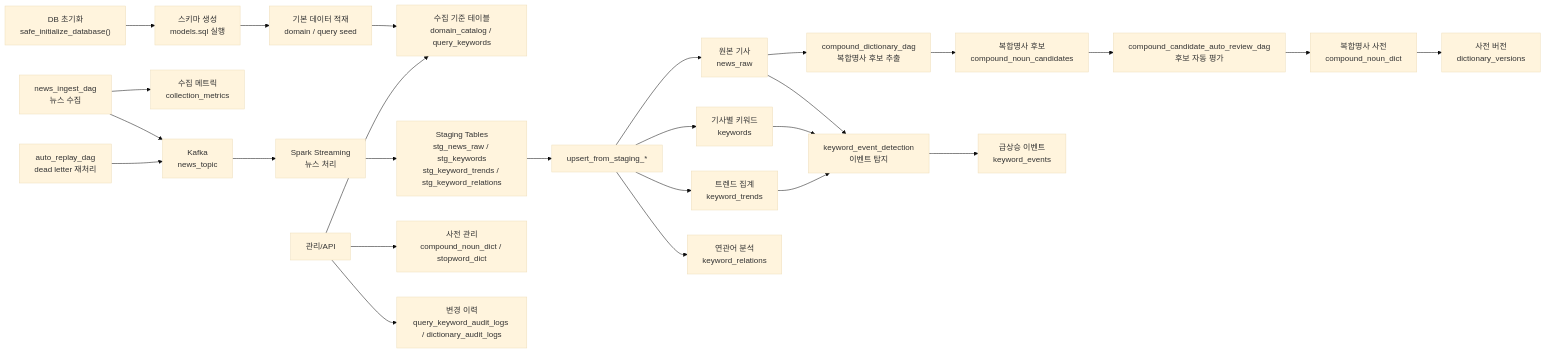
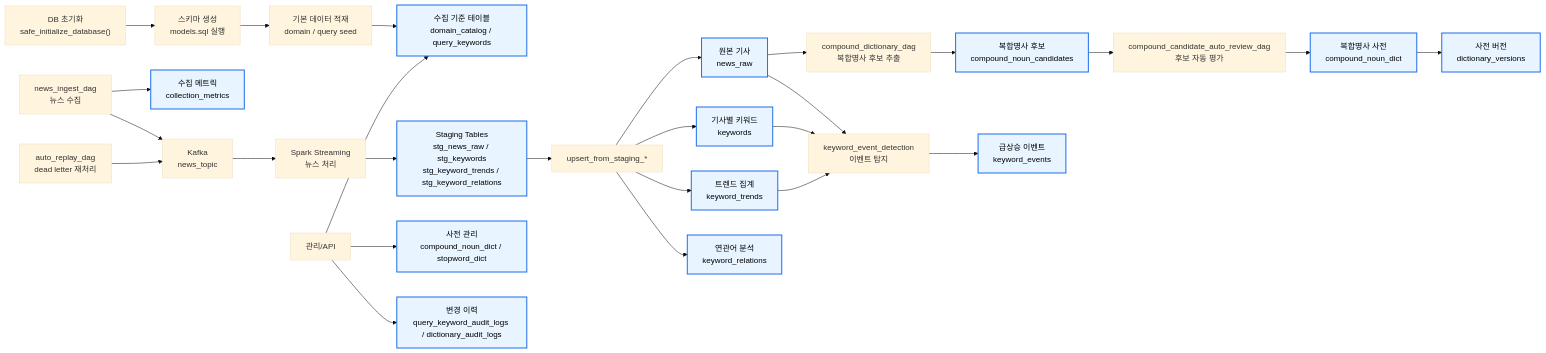
Before and after one commit to yeongmin-yu/news-trend-pipeline-dev: the diagram in docs/design/STEP3-1_DATABASE.md, drawn with Mermaid (base theme).

````diff
--- a/docs/design/STEP3-1_DATABASE.md
+++ b/docs/design/STEP3-1_DATABASE.md
@@ -22,34 +22,38 @@
 ```mermaid
 flowchart LR
     A["DB 초기화<br/>safe_initialize_database()"] --> B["스키마 생성<br/>models.sql 실행"]
     B --> C["기본 데이터 적재<br/>domain / query seed"]
     C --> D["수집 기준 테이블<br/>domain_catalog / query_keywords"]
 
     E["news_ingest_dag<br/>뉴스 수집"] --> F["수집 메트릭<br/>collection_metrics"]
     E --> G["Kafka<br/>news_topic"]
     H["auto_replay_dag<br/>dead letter 재처리"] --> G
 
     G --> I["Spark Streaming<br/>뉴스 처리"]
     I --> J["Staging Tables<br/>stg_news_raw / stg_keywords<br/>stg_keyword_trends / stg_keyword_relations"]
     J --> K["upsert_from_staging_*"]
 
     K --> L["원본 기사<br/>news_raw"]
     K --> M["기사별 키워드<br/>keywords"]
     K --> N["트렌드 집계<br/>keyword_trends"]
     K --> O["연관어 분석<br/>keyword_relations"]
 
     L --> P["compound_dictionary_dag<br/>복합명사 후보 추출"]
     P --> Q["복합명사 후보<br/>compound_noun_candidates"]
     Q --> R["compound_candidate_auto_review_dag<br/>후보 자동 평가"]
     R --> S["복합명사 사전<br/>compound_noun_dict"]
     S --> T["사전 버전<br/>dictionary_versions"]
 
     L --> U["keyword_event_detection<br/>이벤트 탐지"]
     M --> U
     N --> U
     U --> V["급상승 이벤트<br/>keyword_events"]
 
     W["관리/API"] --> D
     W --> X["사전 관리<br/>compound_noun_dict / stopword_dict"]
     W --> Y["변경 이력<br/>query_keyword_audit_logs / dictionary_audit_logs"]
+
+    class D,F,J,L,M,N,O,Q,S,T,V,X,Y tableNode
+
+    classDef tableNode fill:#e8f4ff,stroke:#1f6feb,stroke-width:2px,color:black
 ```
````
